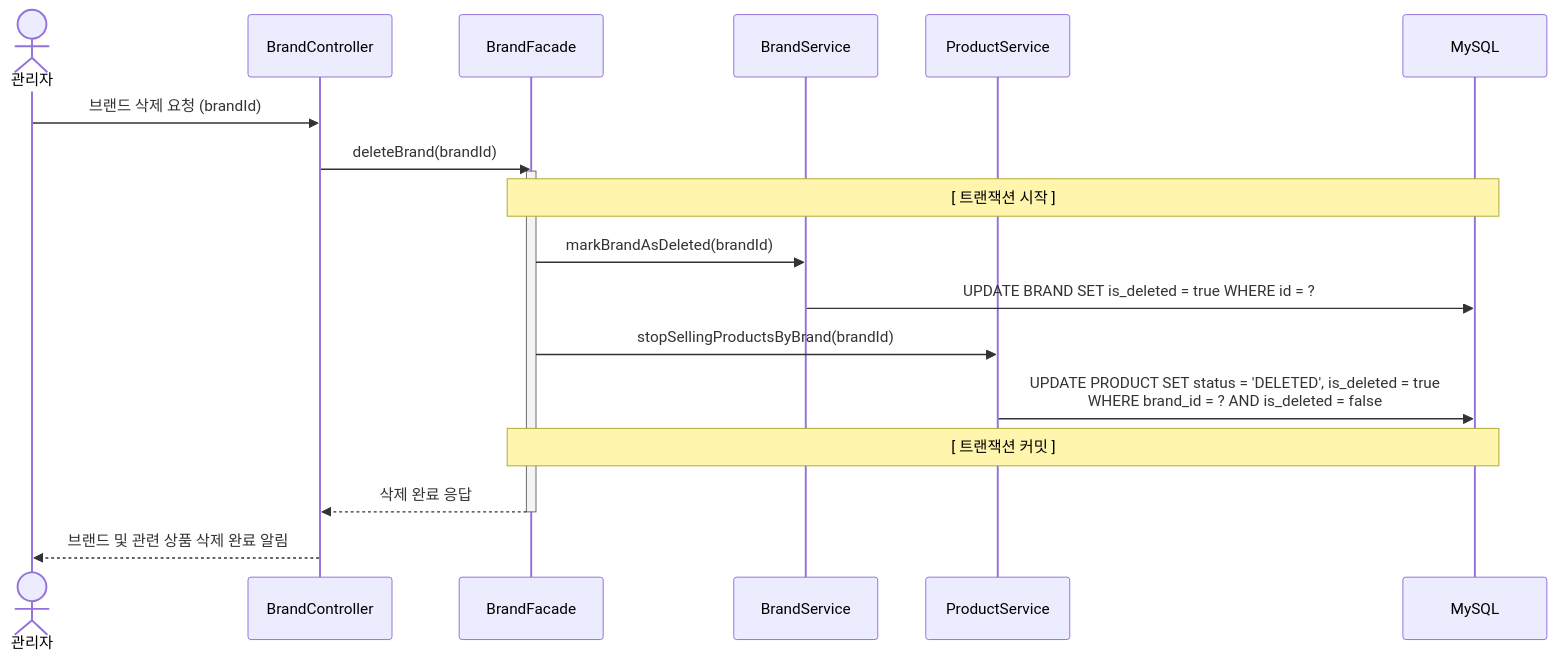
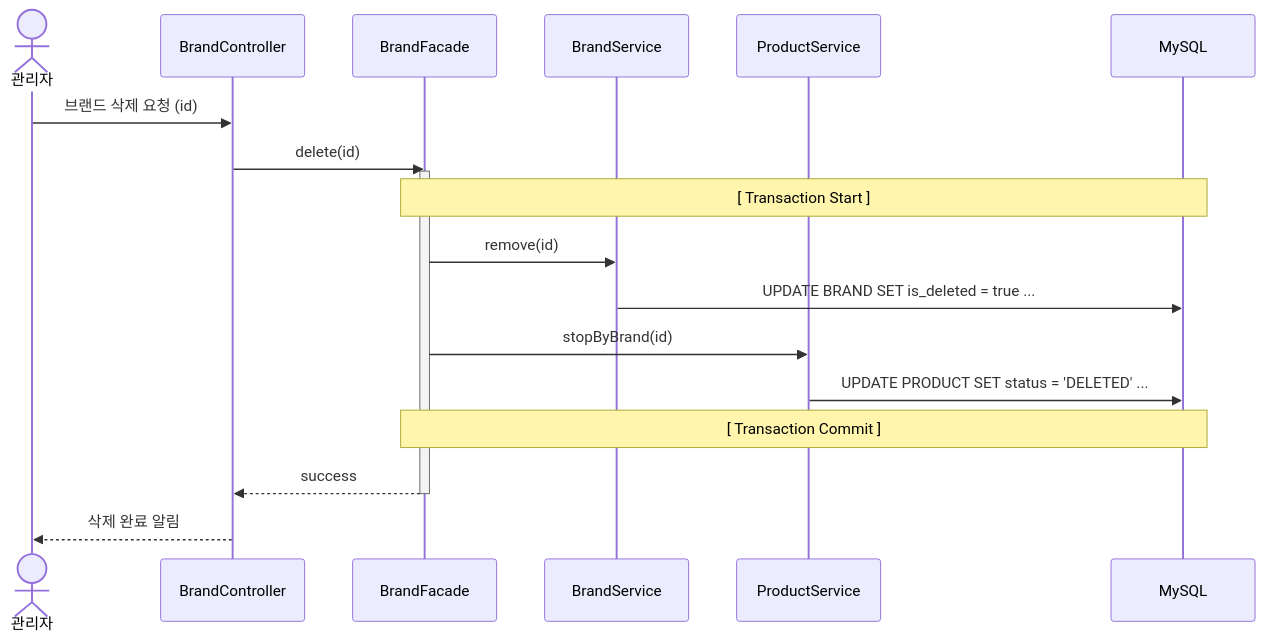
The third of 3 diagrams in docs/02-sequence-diagrams.md (pable91/loop-pack-be-l2-vol3-java), drawn with Mermaid before and after one commit. The commit also changed other lines of this file, not shown here.

````diff
--- a/docs/02-sequence-diagrams.md
+++ b/docs/02-sequence-diagrams.md
@@ -89,23 +89,25 @@
 ```mermaid
 sequenceDiagram
     actor Admin as 관리자
     participant Ctrl as BrandController
     participant Facade as BrandFacade
     participant B_Svc as BrandService
     participant P_Svc as ProductService
     participant DB as MySQL
-    Admin ->> Ctrl: 브랜드 삭제 요청 (brandId)
-    Ctrl ->> Facade: deleteBrand(brandId)
+
+    Admin ->> Ctrl: 브랜드 삭제 요청 (id)
+    Ctrl ->> Facade: delete(id)
     activate Facade
-    Note over Facade, DB: [ 트랜잭션 시작 ]
-%% 1. 브랜드 존재 확인 및 상태 변경
-    Facade ->> B_Svc: markBrandAsDeleted(brandId)
-    B_Svc ->> DB: UPDATE BRAND SET is_deleted = true WHERE id = ?
-%% 2. 연관된 상품들 일괄 상태 변경 (Soft Delete)
-    Facade ->> P_Svc: stopSellingProductsByBrand(brandId)
-    P_Svc ->> DB: UPDATE PRODUCT SET status = 'DELETED', is_deleted = true <br/> WHERE brand_id = ? AND is_deleted = false
-    Note over Facade, DB: [ 트랜잭션 커밋 ]
-    Facade -->> Ctrl: 삭제 완료 응답
+    Note over Facade, DB: [ Transaction Start ]
+
+    Facade ->> B_Svc: remove(id)
+    B_Svc ->> DB: UPDATE BRAND SET is_deleted = true ...
+
+    Facade ->> P_Svc: stopByBrand(id)
+    P_Svc ->> DB: UPDATE PRODUCT SET status = 'DELETED' ...
+
+    Note over Facade, DB: [ Transaction Commit ]
+    Facade -->> Ctrl: success
     deactivate Facade
-    Ctrl -->> Admin: 브랜드 및 관련 상품 삭제 완료 알림
+    Ctrl -->> Admin: 삭제 완료 알림
 ```
````
